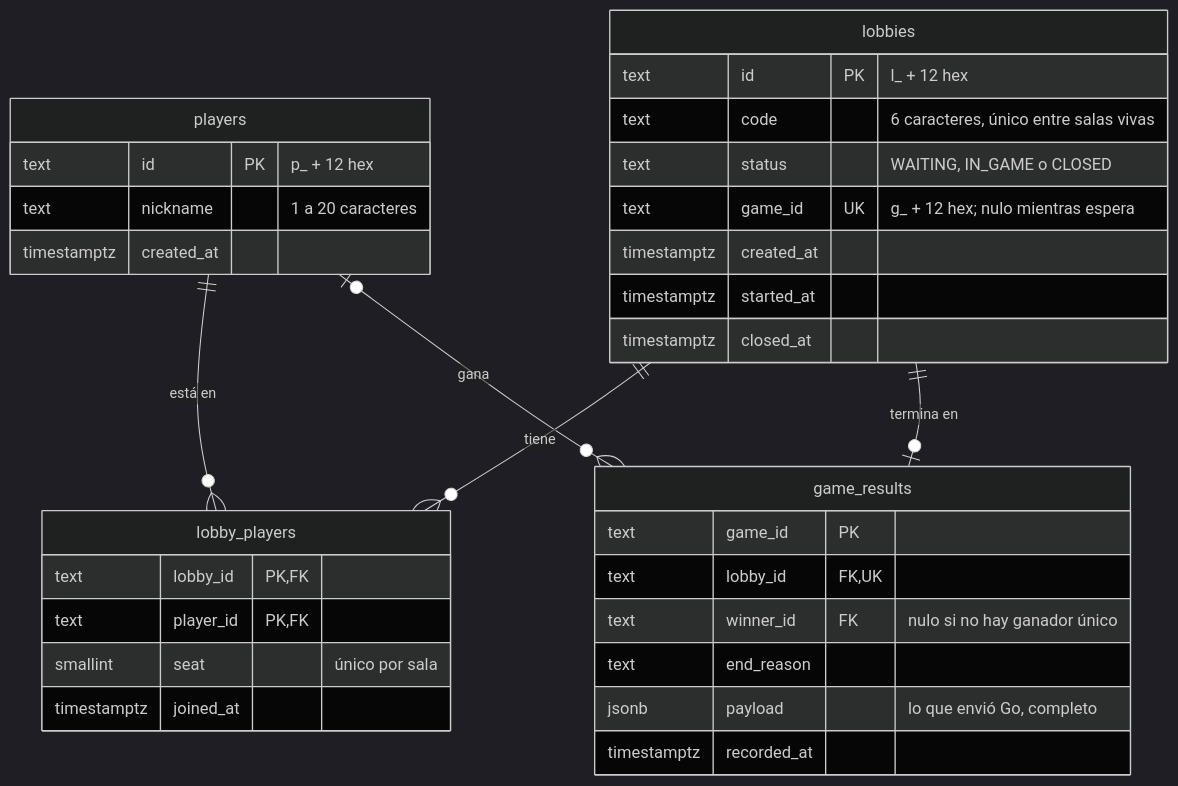
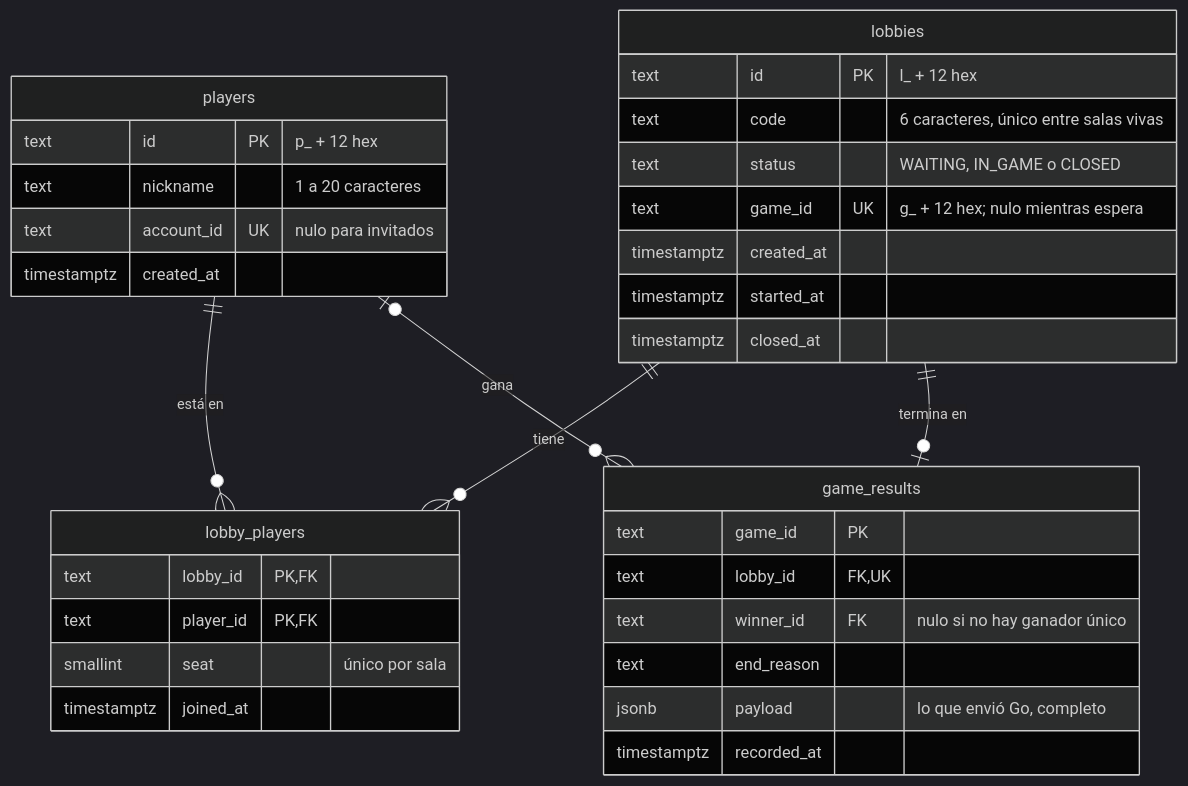
Before and after one commit to soetgdeznsgk/ArchSoft-Group1F: the first of 2 diagrams in lobby-manager/docs/MODELO_DATOS.md, drawn with Mermaid (dark theme). The commit also changed other lines of this file and 31 other files, not shown here.

````diff
--- a/lobby-manager/docs/MODELO_DATOS.md
+++ b/lobby-manager/docs/MODELO_DATOS.md
@@ -9,36 +9,37 @@
 ```mermaid
 erDiagram
     players ||--o{ lobby_players : "está en"
     lobbies ||--o{ lobby_players : "tiene"
     lobbies ||--o| game_results : "termina en"
     players |o--o{ game_results : "gana"
 
     players {
         text id PK "p_ + 12 hex"
         text nickname "1 a 20 caracteres"
+        text account_id UK "nulo para invitados"
         timestamptz created_at
     }
     lobbies {
         text id PK "l_ + 12 hex"
         text code "6 caracteres, único entre salas vivas"
         text status "WAITING, IN_GAME o CLOSED"
         text game_id UK "g_ + 12 hex; nulo mientras espera"
         timestamptz created_at
         timestamptz started_at
         timestamptz closed_at
     }
     lobby_players {
         text lobby_id PK, FK
         text player_id PK, FK
         smallint seat "único por sala"
         timestamptz joined_at
     }
     game_results {
         text game_id PK
         text lobby_id FK, UK
         text winner_id FK "nulo si no hay ganador único"
         text end_reason
         jsonb payload "lo que envió Go, completo"
         timestamptz recorded_at
     }
 ```
````
